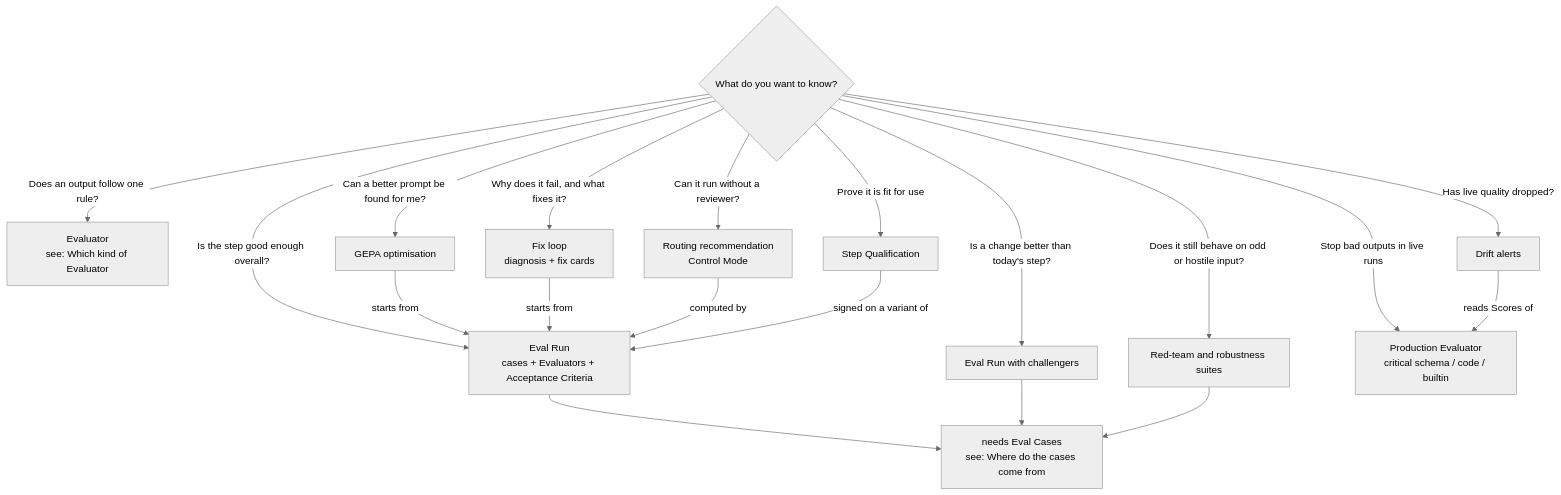
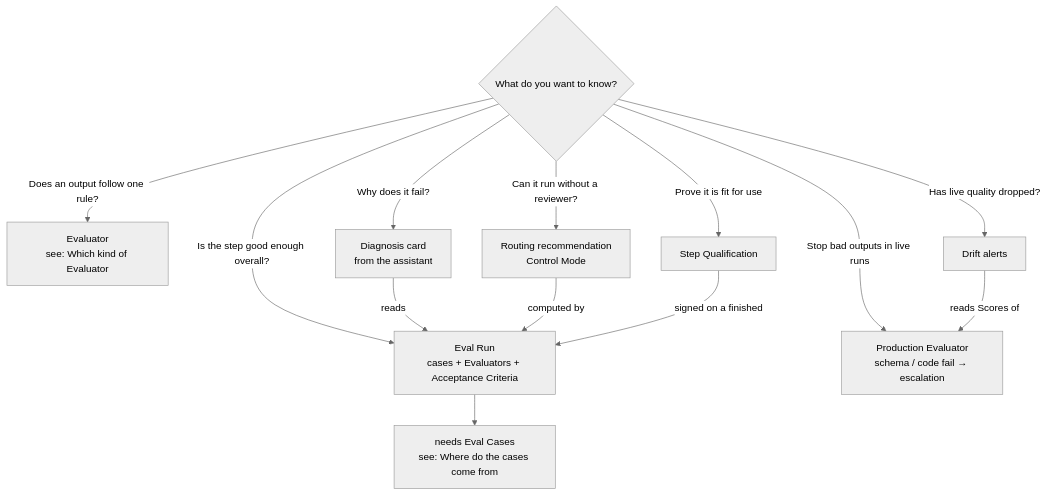
The first of 2 diagrams in docs/guides/choose-an-evaluation.md (Appsilon/mediforce), drawn with Mermaid (neutral theme) before and after one commit. The commit also changed other lines of this file and 6 other files, not shown here.

````diff
--- a/docs/guides/choose-an-evaluation.md
+++ b/docs/guides/choose-an-evaluation.md
@@ -40,24 +41,18 @@
 ```mermaid
 flowchart TD
     Q{"What do you want to know?"}
 
     Q -->|"Does an output follow one rule?"| EV["Evaluator<br/>see: Which kind of Evaluator"]
     Q -->|"Is the step good enough overall?"| RUN["Eval Run<br/>cases + Evaluators + Acceptance Criteria"]
-    Q -->|"Is a change better than today's step?"| CH["Eval Run with challengers"]
-    Q -->|"Why does it fail, and what fixes it?"| FIX["Fix loop<br/>diagnosis + fix cards"]
-    Q -->|"Can a better prompt be found for me?"| GEPA["GEPA optimisation"]
-    Q -->|"Does it still behave on odd or hostile input?"| RT["Red-team and robustness suites"]
+    Q -->|"Why does it fail?"| DIAG["Diagnosis card<br/>from the assistant"]
     Q -->|"Can it run without a reviewer?"| ROUTE["Routing recommendation<br/>Control Mode"]
-    Q -->|"Stop bad outputs in live runs"| PROD["Production Evaluator<br/>critical schema / code / builtin"]
+    Q -->|"Stop bad outputs in live runs"| PROD["Production Evaluator<br/>schema / code fail → escalation"]
     Q -->|"Has live quality dropped?"| DRIFT["Drift alerts"]
     Q -->|"Prove it is fit for use"| QUAL["Step Qualification"]
 
     RUN --> NEEDCASES["needs Eval Cases<br/>see: Where do the cases come from"]
-    CH --> NEEDCASES
-    RT --> NEEDCASES
-    GEPA -->|"starts from"| RUN
-    FIX -->|"starts from"| RUN
+    DIAG -->|"reads"| RUN
     ROUTE -->|"computed by"| RUN
-    QUAL -->|"signed on a variant of"| RUN
+    QUAL -->|"signed on a finished"| RUN
     DRIFT -->|"reads Scores of"| PROD
 ```
````
